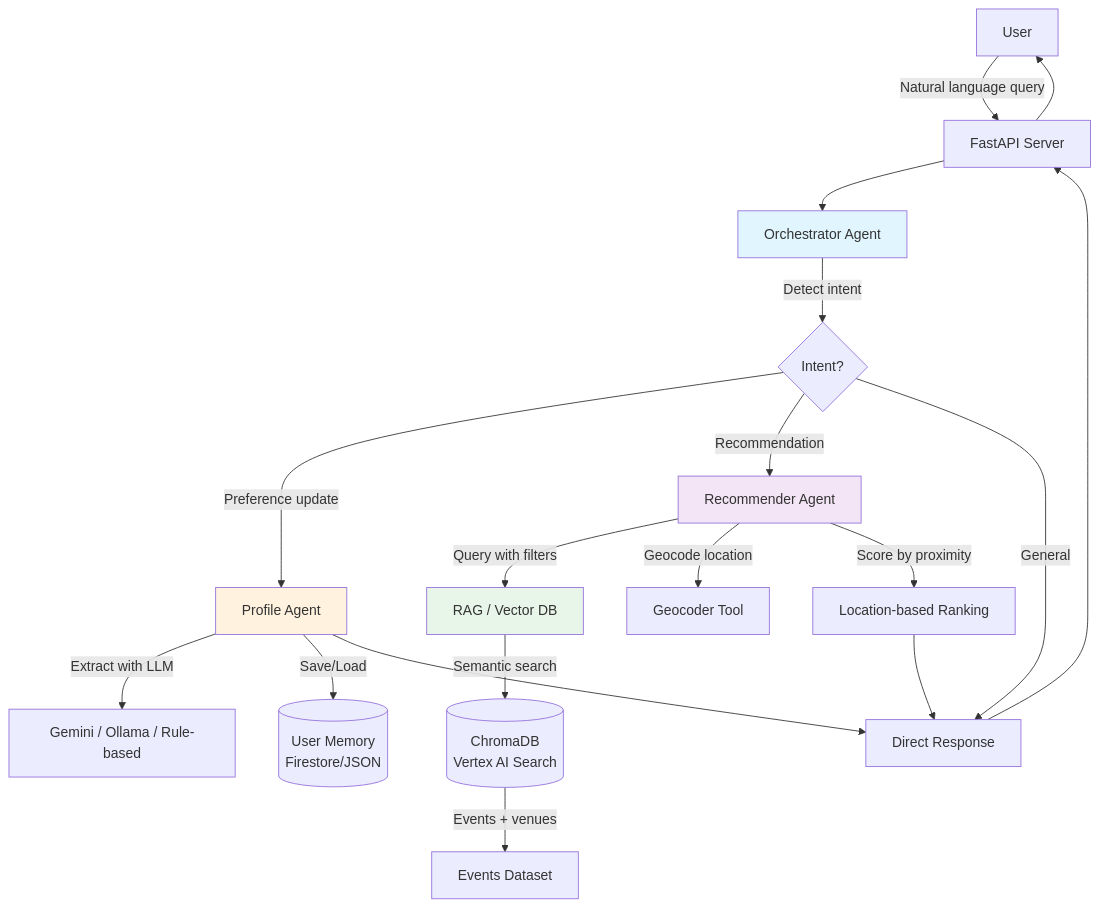
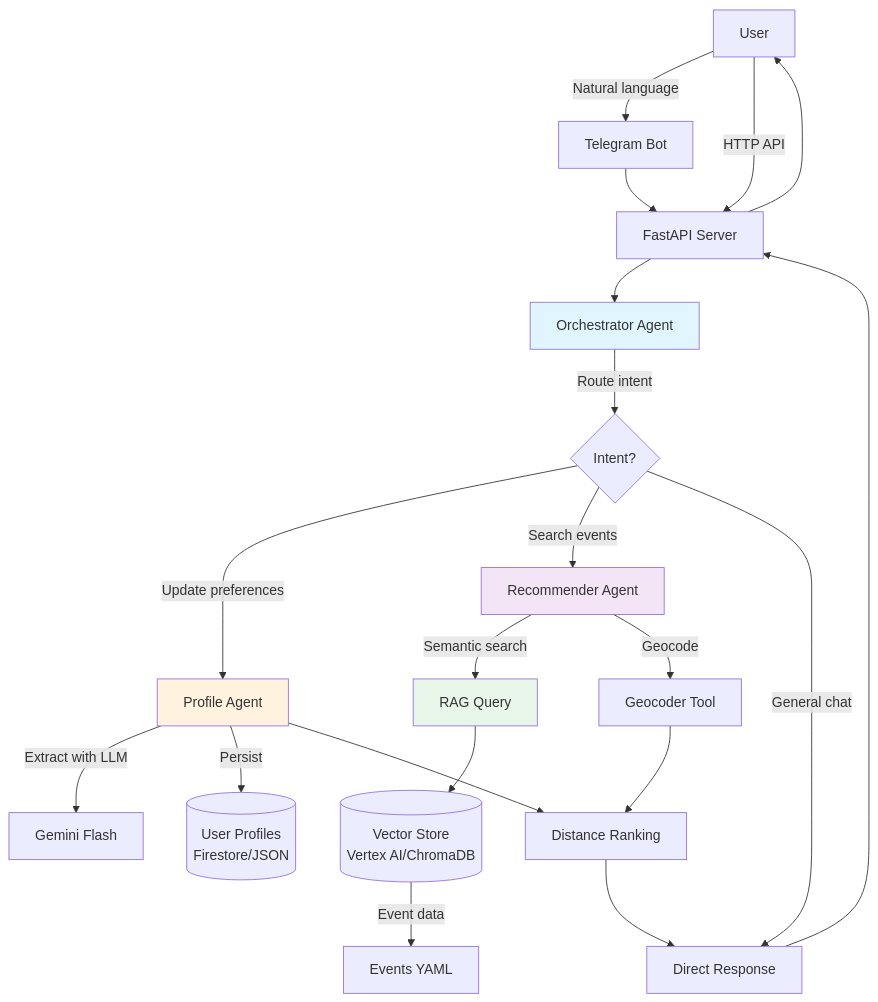
Before and after one commit to claudio-benfatto/bcn-art-compass: the diagram in README.md, drawn with Mermaid. The commit also changed other lines of this file and 9 other files, not shown here.

````diff
--- a/README.md
+++ b/README.md
@@ -27,31 +51,34 @@
 ```mermaid
 graph TD
-    User[User] --> |Natural language query| API[FastAPI Server]
+    User[User] --> |Natural language| TG[Telegram Bot]
+    User --> |HTTP API| API[FastAPI Server]
+    TG --> API
     API --> Orch[Orchestrator Agent]
     
-    Orch --> |Detect intent| Intent{Intent?}
+    Orch --> |Route intent| Intent{Intent?}
     
-    Intent --> |Preference update| Profile[Profile Agent]
-    Intent --> |Recommendation| Recommender[Recommender Agent]
-    Intent --> |General| Response[Direct Response]
+    Intent --> |Update preferences| Profile[Profile Agent]
+    Intent --> |Search events| Recommender[Recommender Agent]
+    Intent --> |General chat| Response[Direct Response]
     
-    Profile --> |Extract with LLM| Gemini[Gemini / Ollama / Rule-based]
-    Profile --> |Save/Load| Memory[(User Memory<br/>Firestore/JSON)]
+    Profile --> |Extract with LLM| Gemini[Gemini Flash]
+    Profile --> |Persist| Memory[(User Profiles<br/>Firestore/JSON)]
     
-    Recommender --> |Query with filters| RAG[RAG / Vector DB]
-    Recommender --> |Geocode location| Geocoder[Geocoder Tool]
-    Recommender --> |Score by proximity| Ranking[Location-based Ranking]
+    Recommender --> |Semantic search| RAG[RAG Query]
+    Recommender --> |Geocode| Geocoder[Geocoder Tool]
     
-    RAG --> |Semantic search| VectorDB[(ChromaDB<br/>Vertex AI Search)]
-    VectorDB --> |Events + venues| Data[Events Dataset]
+    RAG --> VectorDB[(Vector Store<br/>Vertex AI/ChromaDB)]
+    VectorDB --> |Event data| Data[Events YAML]
     
+    Geocoder --> Ranking[Distance Ranking]
+    Profile --> Ranking
     Ranking --> Response
-    Profile --> Response
+    
     Response --> API
     API --> User
     
     style Orch fill:#e1f5ff
     style Profile fill:#fff3e0
     style Recommender fill:#f3e5f5
     style RAG fill:#e8f5e9
 ```
````
